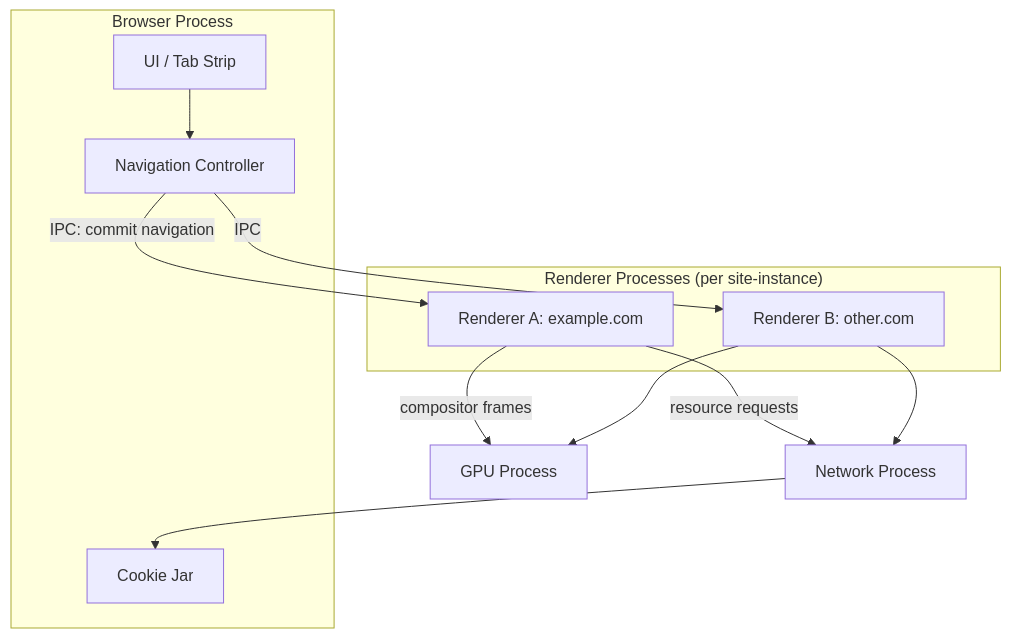
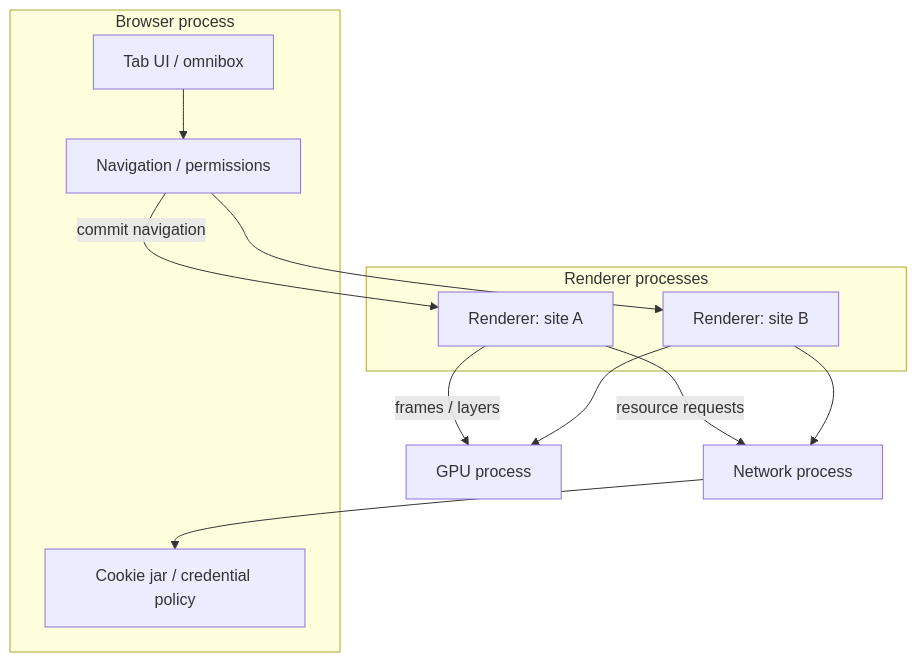
One commit to prajjwaljogdand/FullstackPreparation changed the second of 6 diagrams in docs/browser/01-architecture.md. Above: the diagram before and after it, drawn with Mermaid. The commit also changed other lines of this file and 91 other files, not shown here.

````diff
--- a/docs/browser/01-architecture.md
+++ b/docs/browser/01-architecture.md
@@ -17,22 +133,22 @@
 ```mermaid
 flowchart TB
-  subgraph BrowserProcess["Browser Process"]
-    UI[UI / Tab Strip]
-    Nav[Navigation Controller]
-    Cookie[Cookie Jar]
+  subgraph BrowserProcess["Browser process"]
+    UI["Tab UI / omnibox"]
+    Nav["Navigation / permissions"]
+    Cookies["Cookie jar / credential policy"]
   end
-  subgraph Renderers["Renderer Processes (per site-instance)"]
-    R1[Renderer A: example.com]
-    R2[Renderer B: other.com]
+  subgraph Renderers["Renderer processes"]
+    R1["Renderer: site A"]
+    R2["Renderer: site B"]
   end
-  GPU[GPU Process]
-  Net[Network Process]
+  GPU["GPU process"]
+  Net["Network process"]
   UI --> Nav
-  Nav -->|IPC: commit navigation| R1
-  Nav -->|IPC| R2
-  R1 -->|compositor frames| GPU
+  Nav -->|"commit navigation"| R1
+  Nav --> R2
+  R1 -->|"resource requests"| Net
+  R2 --> Net
+  Net --> Cookies
+  R1 -->|"frames / layers"| GPU
   R2 --> GPU
-  R1 -->|resource requests| Net
-  R2 --> Net
-  Net --> Cookie
 ```
````
